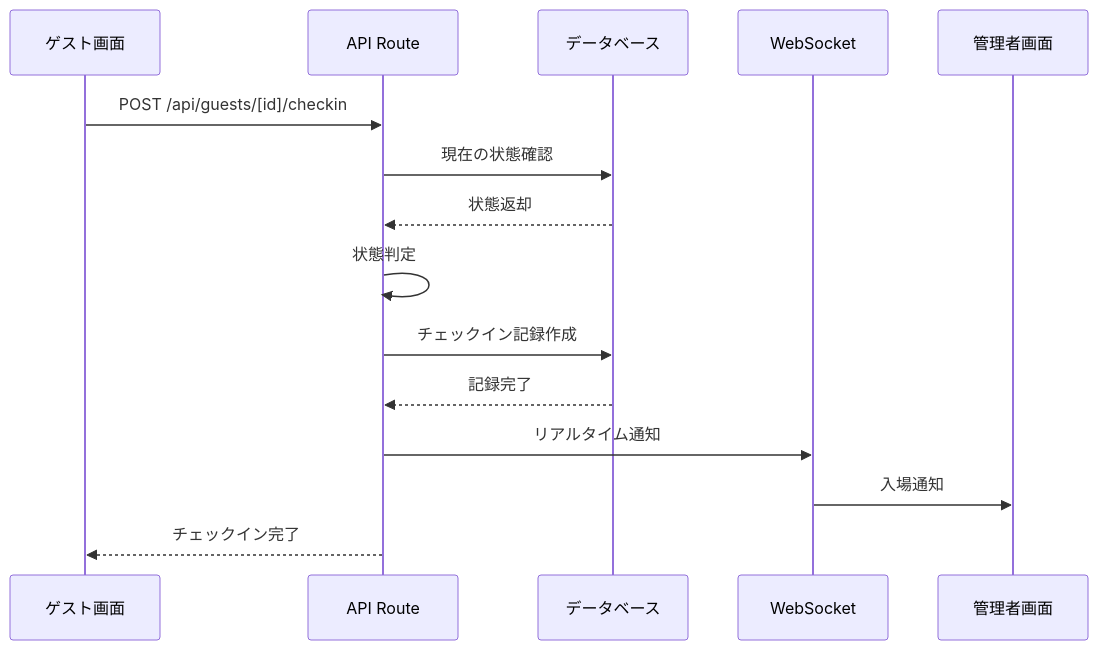
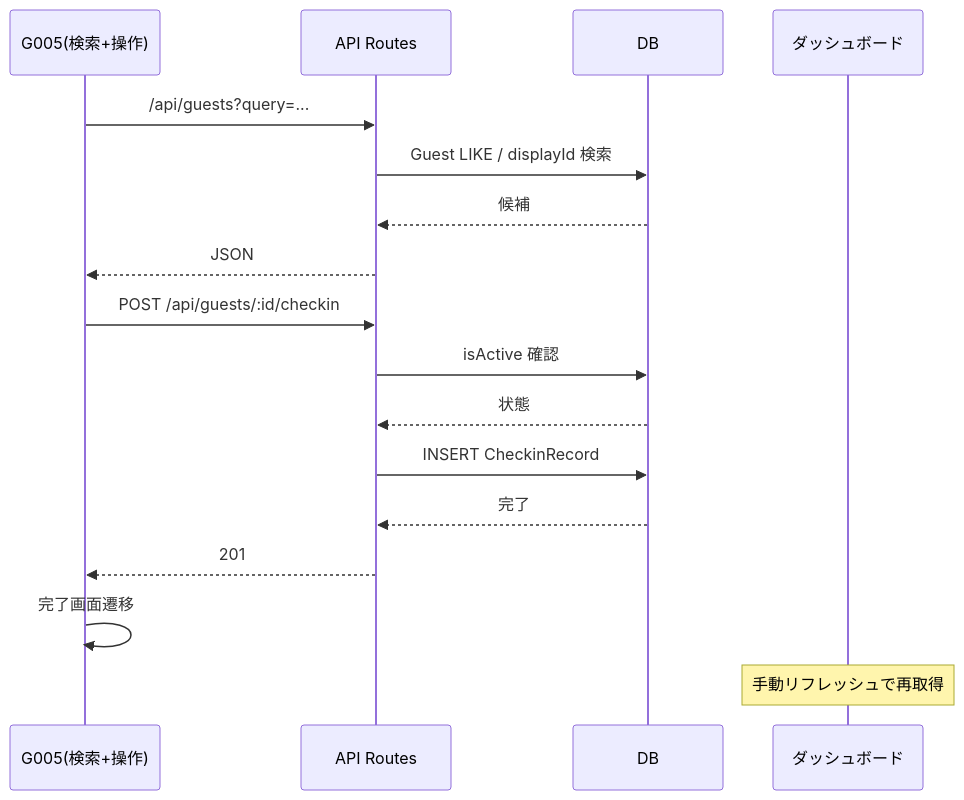
One commit to SetozakiLab/tecnova-checkin-system changed the third of 4 diagrams in docs/ARCHITECTURE.md. Above: the diagram before and after it, drawn with Mermaid. The commit also changed other lines of this file and 4 other files, not shown here.

````diff
--- a/docs/ARCHITECTURE.md
+++ b/docs/ARCHITECTURE.md
@@ -181,18 +112,20 @@
 ```mermaid
 sequenceDiagram
-    participant G as ゲスト画面
-    participant API as API Route
-    participant DB as データベース
-    participant WS as WebSocket
-    participant A as 管理者画面
+    participant G as G005(検索+操作)
+    participant API as API Routes
+    participant DB as DB
+    participant ADM as ダッシュボード
 
-    G->>API: POST /api/guests/[id]/checkin
-    API->>DB: 現在の状態確認
-    DB-->>API: 状態返却
-    API->>API: 状態判定
-    API->>DB: チェックイン記録作成
-    DB-->>API: 記録完了
-    API->>WS: リアルタイム通知
-    WS->>A: 入場通知
-    API-->>G: チェックイン完了
+    G->>API: /api/guests?query=...
+    API->>DB: Guest LIKE / displayId 検索
+    DB-->>API: 候補
+    API-->>G: JSON
+    G->>API: POST /api/guests/:id/checkin
+    API->>DB: isActive 確認
+    DB-->>API: 状態
+    API->>DB: INSERT CheckinRecord
+    DB-->>API: 完了
+    API-->>G: 201
+    G->>G: 完了画面遷移
+    Note over ADM: 手動リフレッシュで再取得
 ```
````
